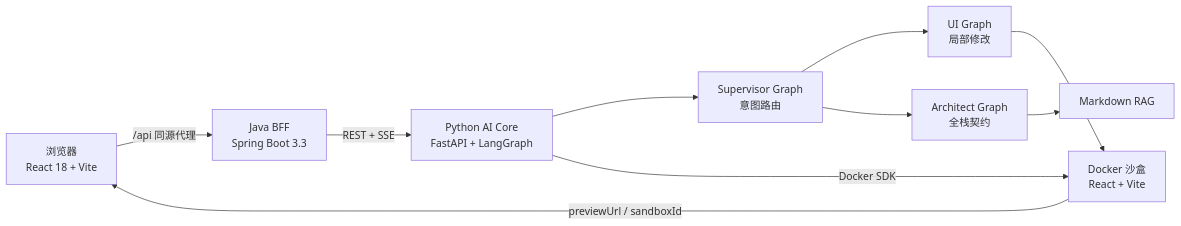
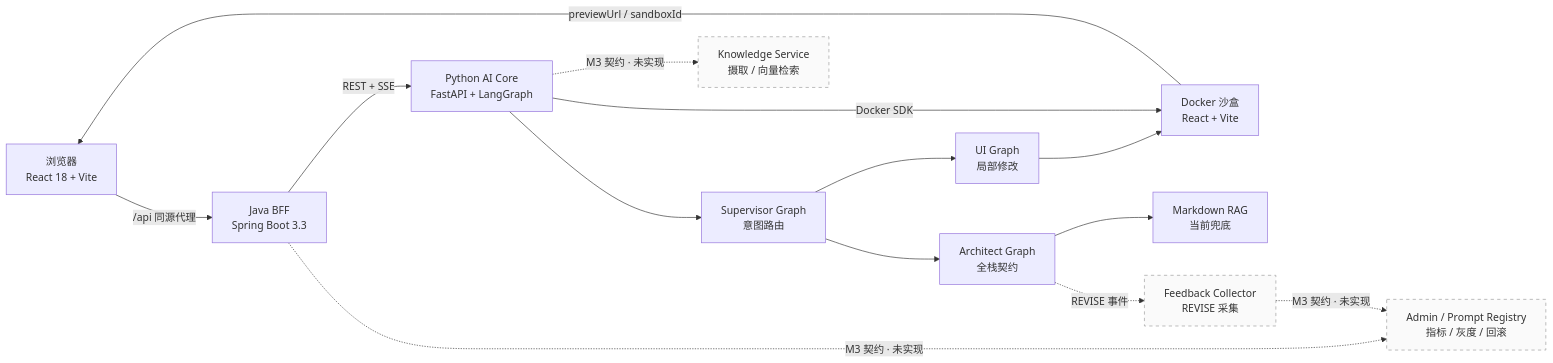
The diagram in PROJECT_STATUS.md (Cai199999/vibe-platform), drawn with Mermaid before and after one commit. The commit also changed other lines of this file and 10 other files, not shown here.

````diff
--- a/PROJECT_STATUS.md
+++ b/PROJECT_STATUS.md
@@ -51,12 +55,18 @@
 ```mermaid
 flowchart LR
     U["浏览器<br/>React 18 + Vite"] -->|"/api 同源代理"| B["Java BFF<br/>Spring Boot 3.3"]
     B -->|"REST + SSE"| P["Python AI Core<br/>FastAPI + LangGraph"]
     P --> S["Supervisor Graph<br/>意图路由"]
     S --> UI["UI Graph<br/>局部修改"]
     S --> AR["Architect Graph<br/>全栈契约"]
     UI --> D["Docker 沙盒<br/>React + Vite"]
-    AR --> R["Markdown RAG"]
+    AR --> R["Markdown RAG<br/>当前兜底"]
     D -->|"previewUrl / sandboxId"| U
     P -->|"Docker SDK"| D
+    P -.->|"M3 契约 · 未实现"| K["Knowledge Service<br/>摄取 / 向量检索"]
+    B -.->|"M3 契约 · 未实现"| ADM["Admin / Prompt Registry<br/>指标 / 灰度 / 回滚"]
+    FB["Feedback Collector<br/>REVISE 采集"] -.->|"M3 契约 · 未实现"| ADM
+    AR -.->|"REVISE 事件"| FB
+    classDef future stroke-dasharray: 5 5,stroke:#999,fill:#fafafa;
+    class K,ADM,FB future;
 ```
````
